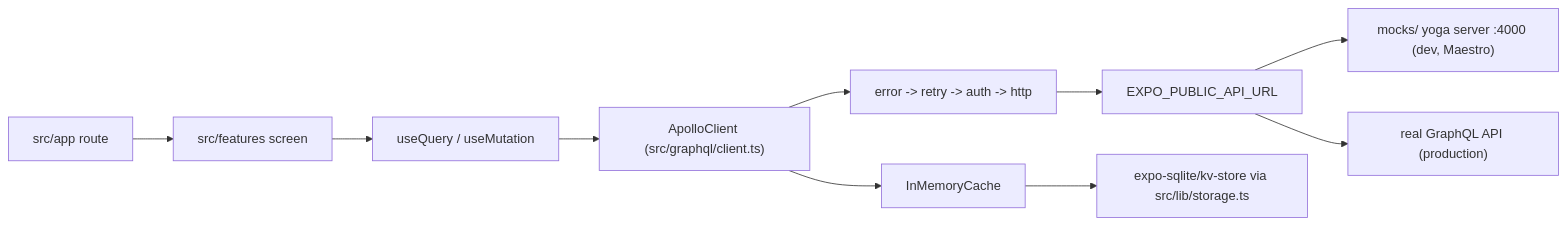
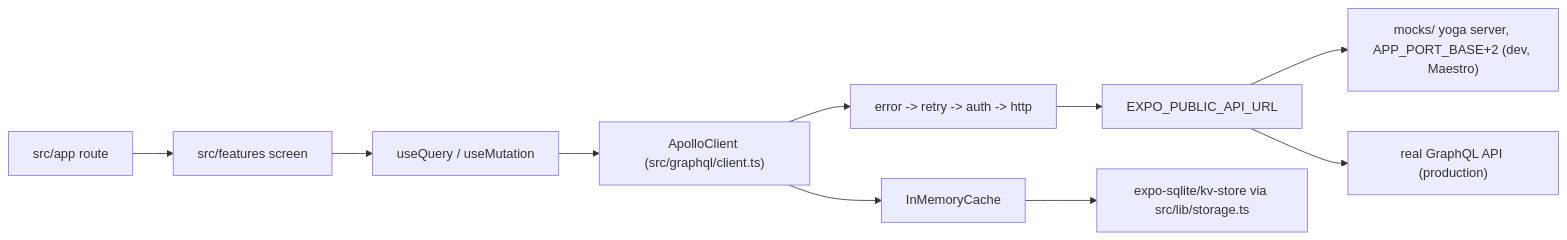
The diagram in docs/architecture.md (blinkbitcoin/react-native-mobile-template), drawn with Mermaid before and after one commit. The commit also changed other lines of this file and 27 other files, not shown here.

````diff
--- a/docs/architecture.md
+++ b/docs/architecture.md
@@ -53,12 +53,12 @@
 ```mermaid
 flowchart LR
   Route["src/app route"] --> Feature["src/features screen"]
   Feature --> Hook["useQuery / useMutation"]
   Hook --> Apollo["ApolloClient (src/graphql/client.ts)"]
   Apollo --> Links["error -> retry -> auth -> http"]
   Links --> API["EXPO_PUBLIC_API_URL"]
-  API --> Mock["mocks/ yoga server :4000 (dev, Maestro)"]
+  API --> Mock["mocks/ yoga server, APP_PORT_BASE+2 (dev, Maestro)"]
   API --> Real["real GraphQL API (production)"]
   Apollo --> Cache["InMemoryCache"]
   Cache --> KV["expo-sqlite/kv-store via src/lib/storage.ts"]
 ```
````
